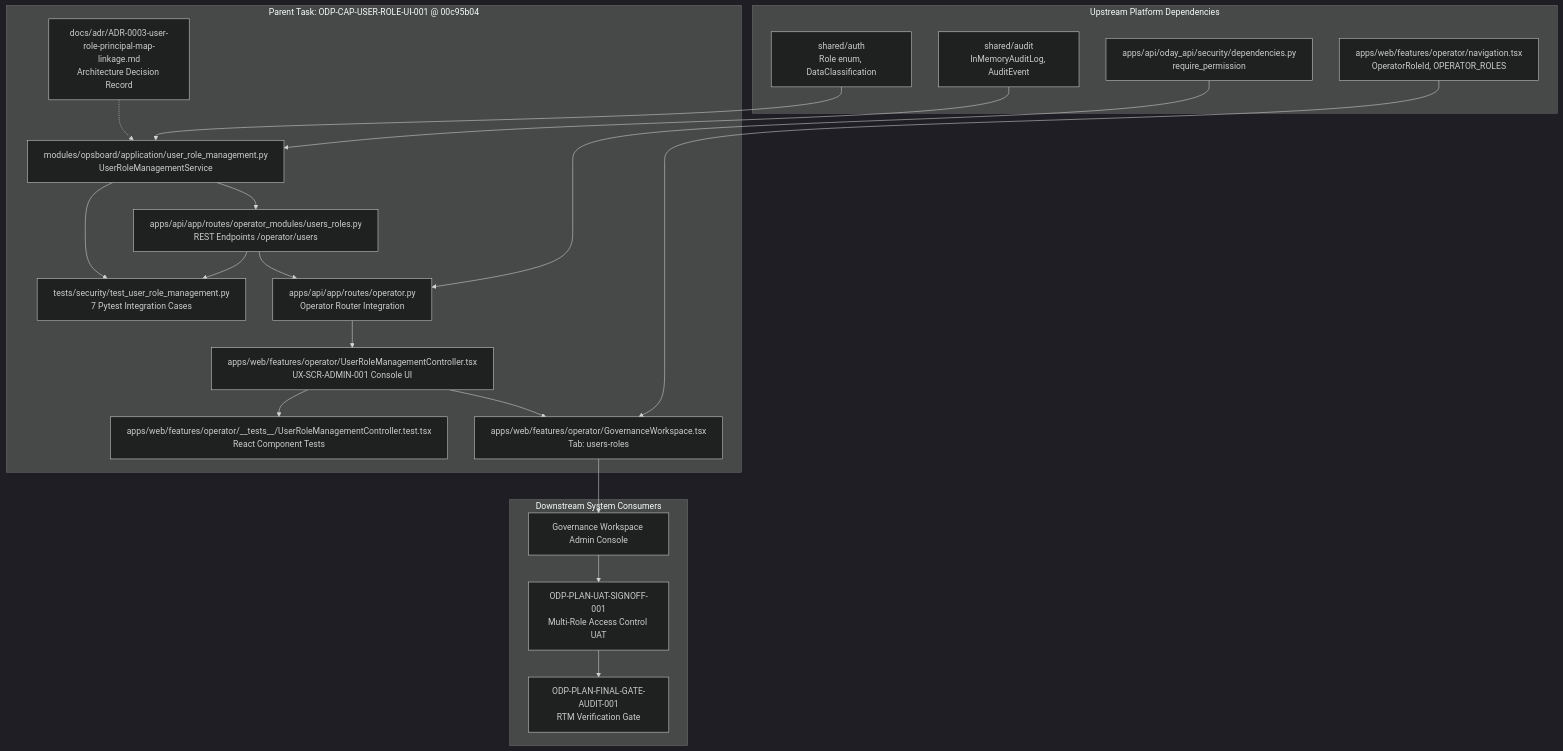
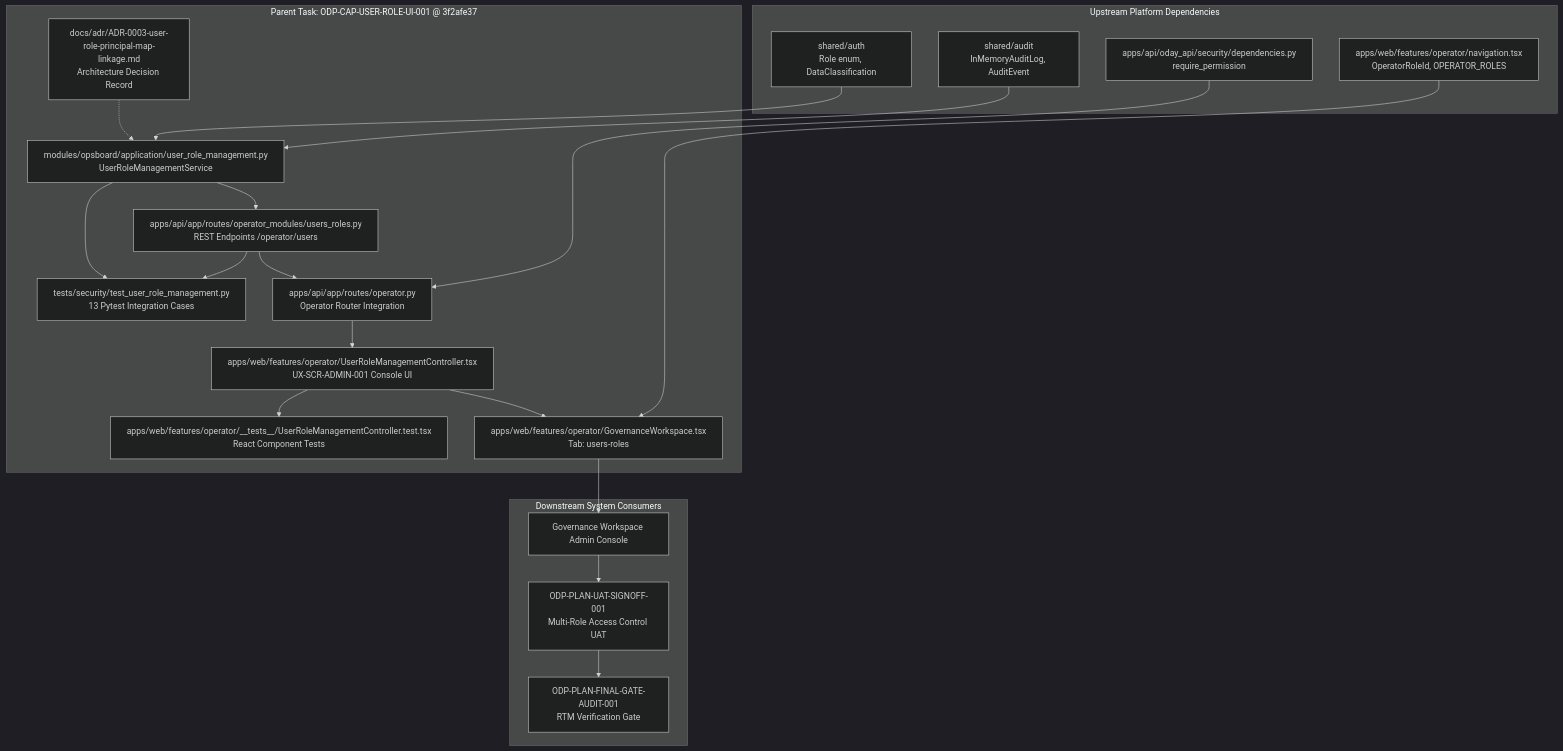
Before and after one commit to alfloop-dev/odayplus: the diagram in support/sidecars/ODP-CAP-USER-ROLE-UI-001/ODP-CAP-USER-ROLE-UI-001-SIDECAR-ACCEPTANCE.md, drawn with Mermaid (dark theme). The commit also changed other lines of this file, not shown here.

First line of the commit message:
ODP-CAP-USER-ROLE-UI-001-SIDECAR-ACCEPTANCE: refresh acceptance packet

````diff
--- a/support/sidecars/ODP-CAP-USER-ROLE-UI-001/ODP-CAP-USER-ROLE-UI-001-SIDECAR-ACCEPTANCE.md
+++ b/support/sidecars/ODP-CAP-USER-ROLE-UI-001/ODP-CAP-USER-ROLE-UI-001-SIDECAR-ACCEPTANCE.md
@@ -93,42 +97,42 @@
 ```mermaid
 flowchart TD
     subgraph Upstream [Upstream Platform Dependencies]
         AUTH[shared/auth<br/>Role enum, DataClassification]
         AUDIT[shared/audit<br/>InMemoryAuditLog, AuditEvent]
         SECURITY[apps/api/oday_api/security/dependencies.py<br/>require_permission]
         NAV[apps/web/features/operator/navigation.tsx<br/>OperatorRoleId, OPERATOR_ROLES]
     end
 
-    subgraph ParentTask [Parent Task: ODP-CAP-USER-ROLE-UI-001 @ 00c95b04]
+    subgraph ParentTask [Parent Task: ODP-CAP-USER-ROLE-UI-001 @ 3f2afe37]
         SVC[modules/opsboard/application/user_role_management.py<br/>UserRoleManagementService]
         ROUTE[apps/api/app/routes/operator_modules/users_roles.py<br/>REST Endpoints /operator/users]
         OP_ROUTER[apps/api/app/routes/operator.py<br/>Operator Router Integration]
         UI_CTRL[apps/web/features/operator/UserRoleManagementController.tsx<br/>UX-SCR-ADMIN-001 Console UI]
         GOV_SHELL[apps/web/features/operator/GovernanceWorkspace.tsx<br/>Tab: users-roles]
         ADR[docs/adr/ADR-0003-user-role-principal-map-linkage.md<br/>Architecture Decision Record]
-        TEST_PY[tests/security/test_user_role_management.py<br/>7 Pytest Integration Cases]
+        TEST_PY[tests/security/test_user_role_management.py<br/>13 Pytest Integration Cases]
         TEST_TSX[apps/web/features/operator/__tests__/UserRoleManagementController.test.tsx<br/>React Component Tests]
     end
 
     subgraph Downstream [Downstream System Consumers]
         GOV_TAB[Governance Workspace Admin Console]
         UAT[ODP-PLAN-UAT-SIGNOFF-001<br/>Multi-Role Access Control UAT]
         AUDIT_GATE[ODP-PLAN-FINAL-GATE-AUDIT-001<br/>RTM Verification Gate]
     end
 
     AUTH --> SVC
     AUDIT --> SVC
     SECURITY --> OP_ROUTER
     NAV --> GOV_SHELL
     SVC --> ROUTE
     ROUTE --> OP_ROUTER
     OP_ROUTER --> UI_CTRL
     UI_CTRL --> GOV_SHELL
     ADR -.-> SVC
     SVC --> TEST_PY
     ROUTE --> TEST_PY
     UI_CTRL --> TEST_TSX
     GOV_SHELL --> GOV_TAB
     GOV_TAB --> UAT
     UAT --> AUDIT_GATE
 ```
````
